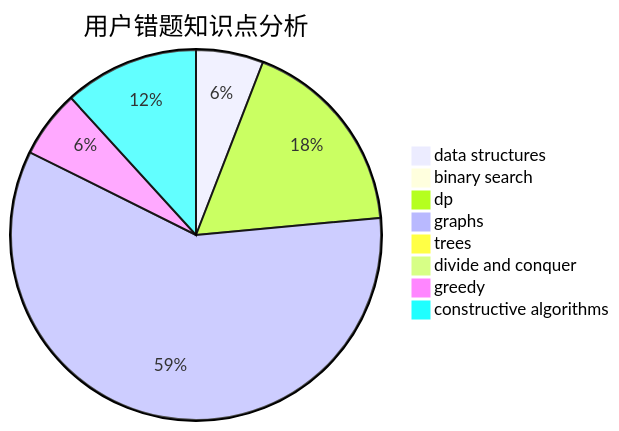
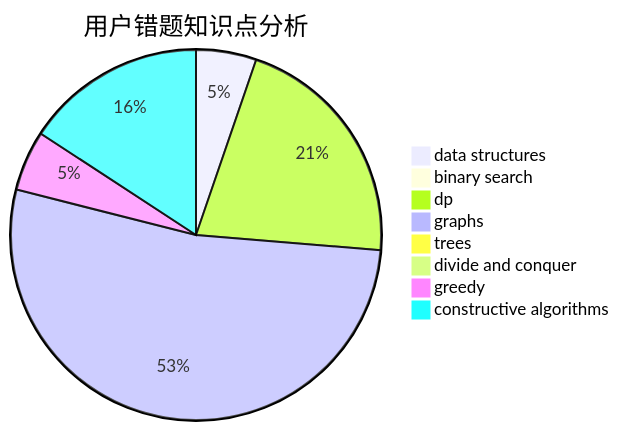
The third of 3 diagrams in docs/user/u2108.md (sherpahu/cfrs.github.io), drawn with Mermaid before and after one commit. The commit also changed other lines of this file and 2770 other files, not shown here.

````diff
--- a/docs/user/u2108.md
+++ b/docs/user/u2108.md
@@ -36,11 +36,11 @@
 ```mermaid
 pie title 用户错题知识点分析
     "data structures" :  1
     "binary search" :  0
-    "dp" :  3
+    "dp" :  4
     "graphs" :  10
     "trees" :  0
     "divide and conquer" :  0
     "greedy" :  1
-    "constructive algorithms" :  2
+    "constructive algorithms" :  3
 ```
````
